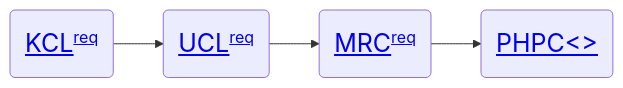
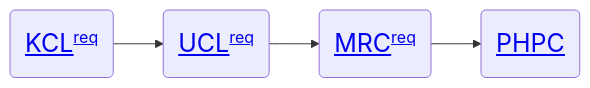
Before and after one commit to jinghuazhao/jinghuazhao.githubio.io: the second of 2 diagrams in docs/work.md, drawn with Mermaid.

````diff
--- a/docs/work.md
+++ b/docs/work.md
@@ -99,12 +99,12 @@
 ```mermaid
 graph LR
 
 %% Nodes
 KCL(<a href="https://jinghuazhao.github.io/kcllinks.html" style="font-size: 25px;"><u>KCL</u></a><a href="https://jinghuazhao.github.io/iop/comments.txt" style="font-size: 16px;vertical-align: top;">req</a>)
 UCL(<a href="https://jinghuazhao.github.io/ucllinks.html" style="font-size: 25px;"><u>UCL</u></a><a href="https://jinghuazhao.github.io/ucl/comments.txt" style="font-size: 16px;vertical-align: top;">req</a>)
 MRC(<a href="https://jinghuazhao.github.io/mrclinks.html" style="font-size: 25px;"><u>MRC</u></a><a href="https://jinghuazhao.github.io/mrc/comments.txt"  style="font-size: 16px;vertical-align: top;">req</a>)
-PHPC(<a href="https://jinghuazhao.github.io/phpclinks.html" style="font-size: 25px;"><u>PHPC<></a>)
+PHPC(<a href="https://jinghuazhao.github.io/phpclinks.html" style="font-size: 25px;"><u>PHPC</u></a>)
 
 %% Node Connections
 KCL --> UCL --> MRC --> PHPC
 ```
````
